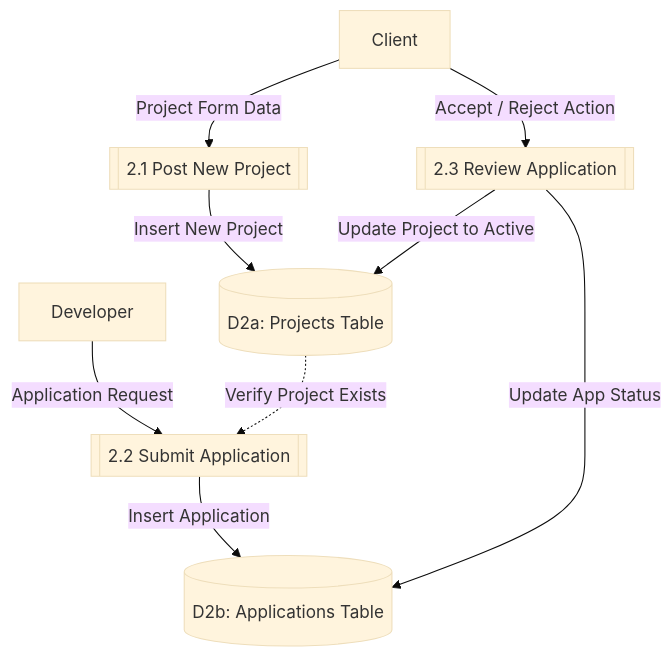
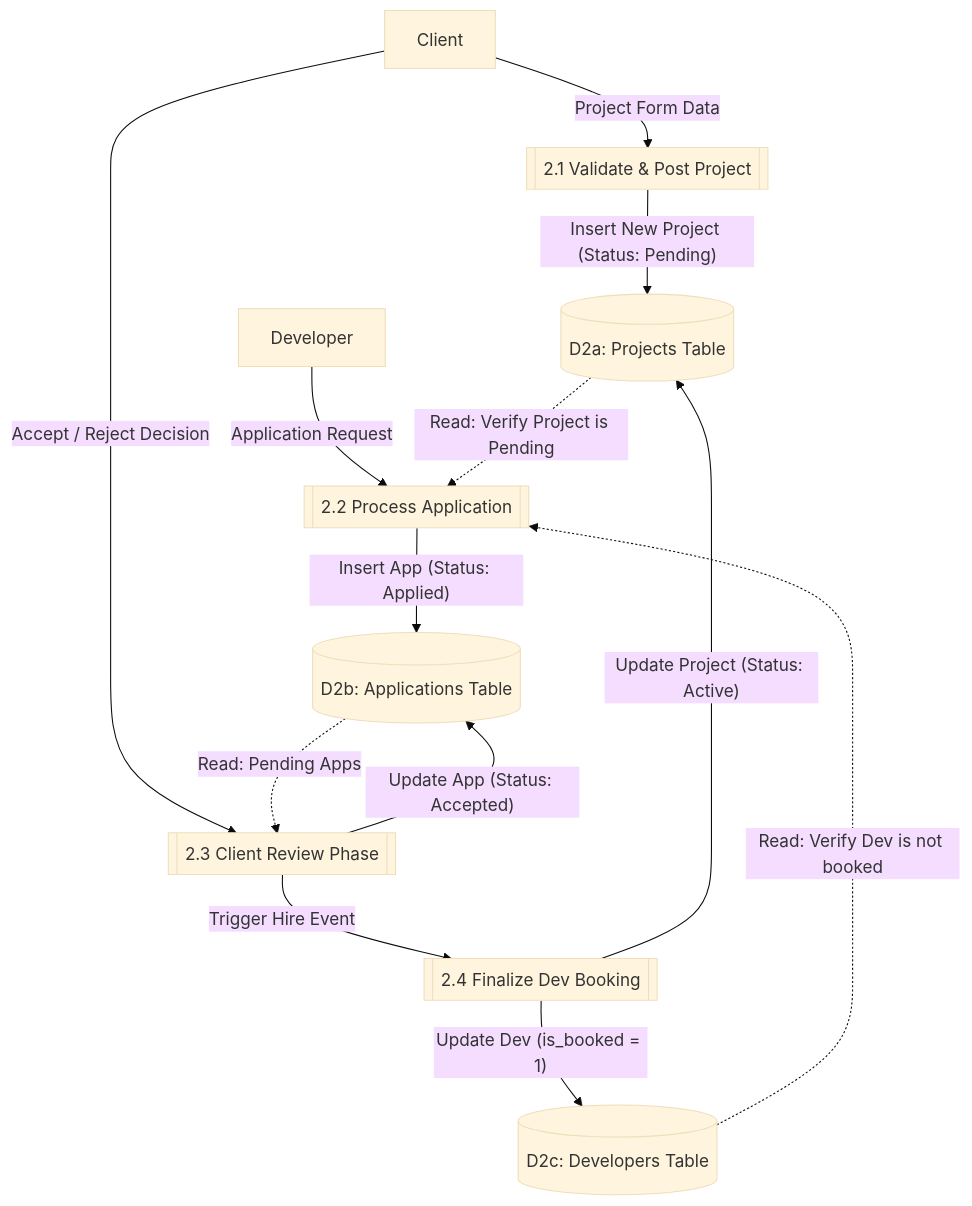
The third of 4 diagrams in README.md (qhmed67/ReadmeTest), drawn with Mermaid (base theme) before and after one commit. The commit also changed other lines of this file, not shown here.

````diff
--- a/README.md
+++ b/README.md
@@ -135,23 +133,30 @@
 ```mermaid
 flowchart TB
     C[Client]
     D[Developer]
 
-    P21[[2.1 Post New Project]]
-    P22[[2.2 Submit Application]]
-    P23[[2.3 Review Application]]
+    P21[[2.1 Validate & Post Project]]
+    P22[[2.2 Process Application]]
+    P23[[2.3 Client Review Phase]]
+    P24[[2.4 Finalize Dev Booking]]
 
     D2A[(D2a: Projects Table)]
     D2B[(D2b: Applications Table)]
+    D2C[(D2c: Developers Table)]
 
     C -- "Project Form Data" --> P21
-    P21 -- "Insert New Project" --> D2A
+    P21 -- "Insert New Project (Status: Pending)" --> D2A
 
     D -- "Application Request" --> P22
-    P22 -- "Insert Application" --> D2B
-    D2A -. "Verify Project Exists" .-> P22
+    D2A -. "Read: Verify Project is Pending" .-> P22
+    D2C -. "Read: Verify Dev is not booked" .-> P22
+    P22 -- "Insert App (Status: Applied)" --> D2B
 
-    C -- "Accept / Reject Action" --> P23
-    P23 -- "Update App Status" --> D2B
-    P23 -- "Update Project to Active" --> D2A
+    C -- "Accept / Reject Decision" --> P23
+    D2B -. "Read: Pending Apps" .-> P23
+    P23 -- "Update App (Status: Accepted)" --> D2B
+    P23 -- "Trigger Hire Event" --> P24
+    
+    P24 -- "Update Project (Status: Active)" --> D2A
+    P24 -- "Update Dev (is_booked = 1)" --> D2C
 ```
````
